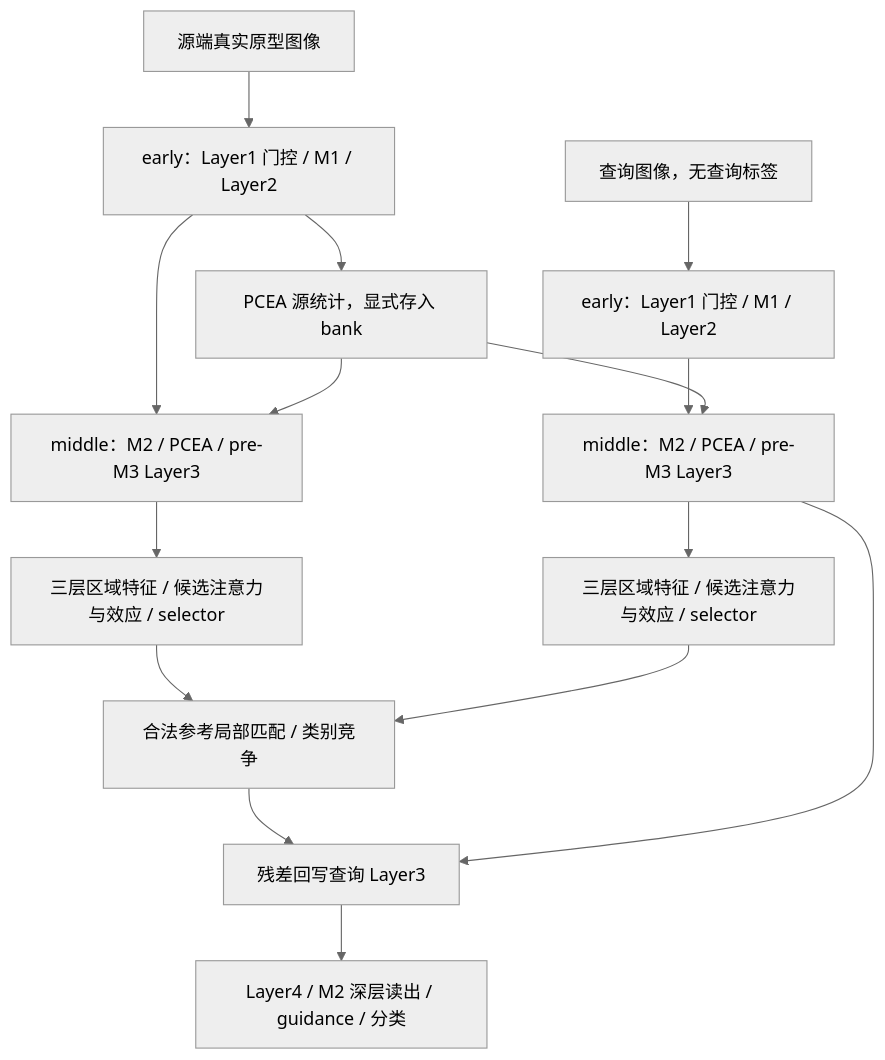
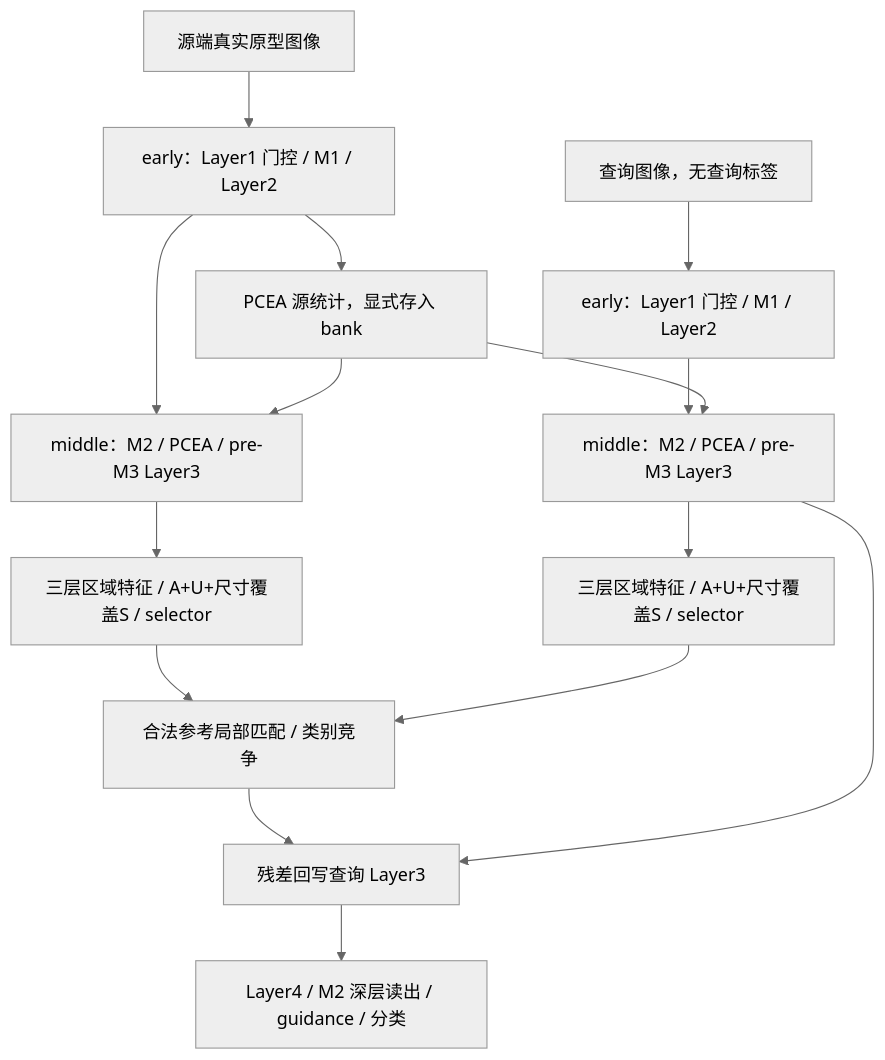
One commit to ouba188/sar-ship-cross-scene-research changed the diagram in workspace_experiments/port_prototype_model_20261121/README_ZH.md. Above: the diagram before and after it, drawn with Mermaid (neutral theme). The commit also changed other lines of this file and 50 other files, not shown here.

````diff
--- a/workspace_experiments/port_prototype_model_20261121/README_ZH.md
+++ b/workspace_experiments/port_prototype_model_20261121/README_ZH.md
@@ -9,17 +9,17 @@
 ```mermaid
 flowchart TD
   R[源端真实原型图像] --> RE[early：Layer1 门控 / M1 / Layer2]
   RE --> S[PCEA 源统计，显式存入 bank]
   RE --> RM[middle：M2 / PCEA / pre-M3 Layer3]
   S --> RM
   Q[查询图像，无查询标签] --> QE[early：Layer1 门控 / M1 / Layer2]
   QE --> QM[middle：M2 / PCEA / pre-M3 Layer3]
   S --> QM
-  RM --> RT[三层区域特征 / 候选注意力与效应 / selector]
-  QM --> QT[三层区域特征 / 候选注意力与效应 / selector]
+  RM --> RT[三层区域特征 / A+U+尺寸覆盖S / selector]
+  QM --> QT[三层区域特征 / A+U+尺寸覆盖S / selector]
   RT --> M[合法参考局部匹配 / 类别竞争]
   QT --> M
   M --> W[残差回写查询 Layer3]
   QM --> W
   W --> F[Layer4 / M2 深层读出 / guidance / 分类]
 ```
````
